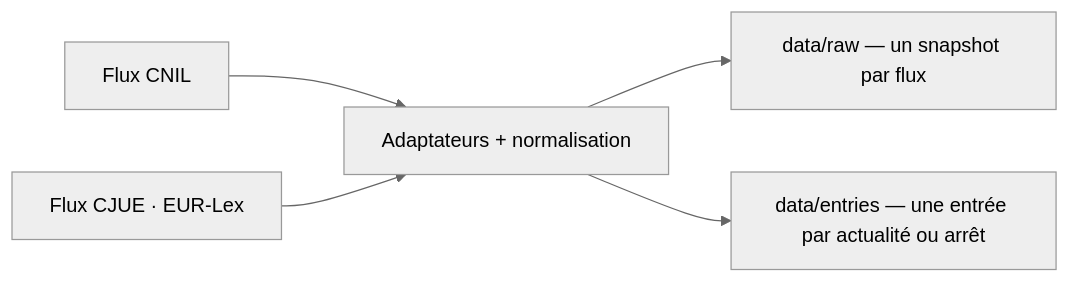
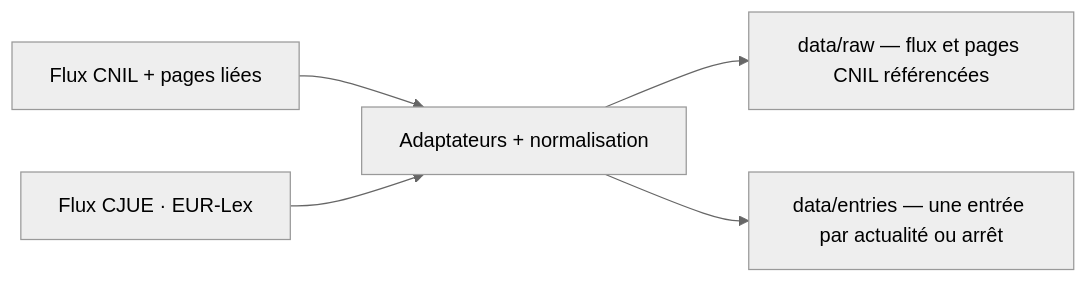
The diagram in aidd_docs/memory/data.md (Beccariavf/vitrine), drawn with Mermaid (neutral theme) before and after one commit. The commit also changed other lines of this file and 15 other files, not shown here.

First line of the commit message:
feat(data): publish CNIL references and page snapshots

````diff
--- a/aidd_docs/memory/data.md
+++ b/aidd_docs/memory/data.md
@@ -13,7 +13,7 @@
 ```mermaid
 flowchart LR
-    C["Flux CNIL"] --> P["Adaptateurs + normalisation"]
+    C["Flux CNIL + pages liées"] --> P["Adaptateurs + normalisation"]
     J["Flux CJUE · EUR-Lex"] --> P
-    P --> RAW["data/raw — un snapshot par flux"]
+    P --> RAW["data/raw — flux et pages CNIL référencées"]
     P --> E["data/entries — une entrée par actualité ou arrêt"]
 ```
````
